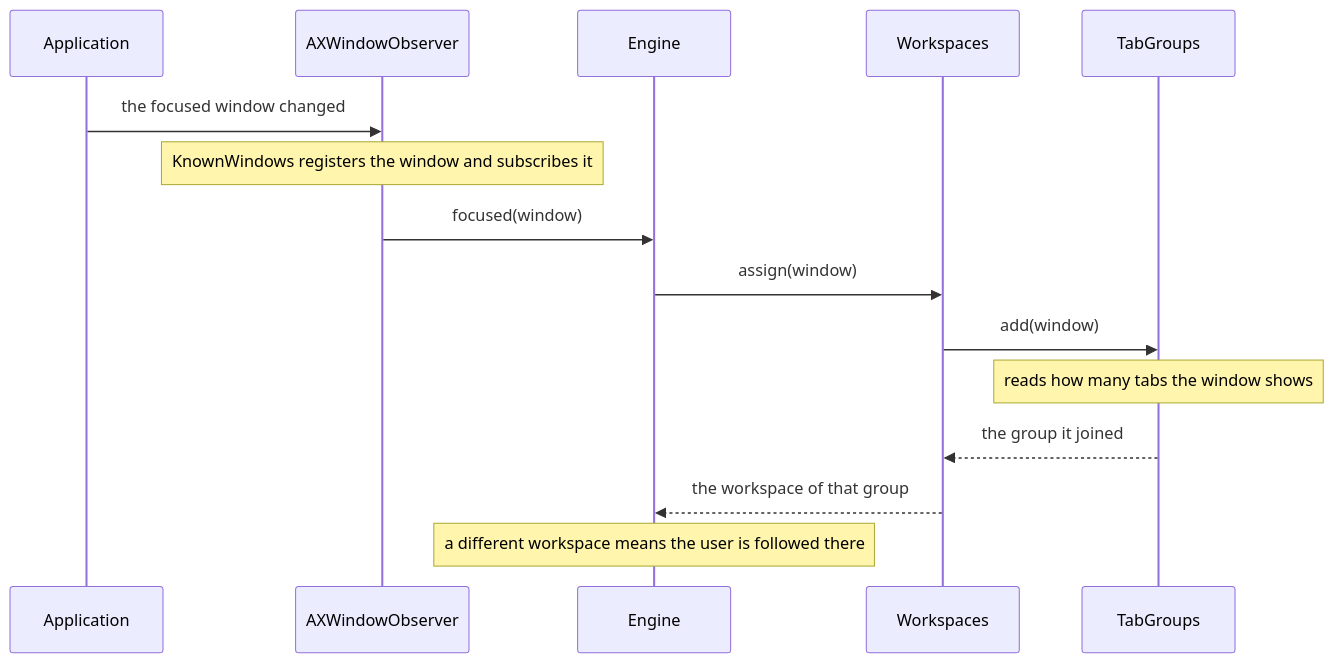
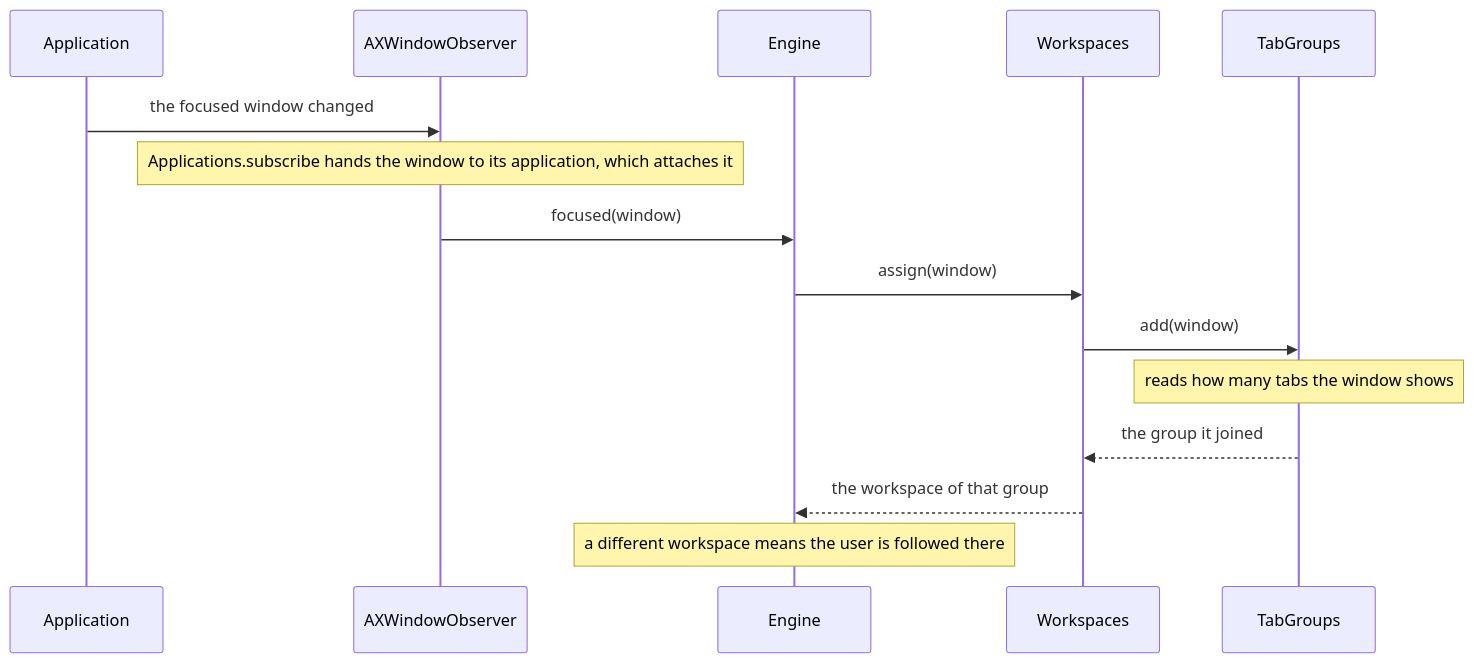
Diagram 16 of 17 in ARCHITECTURE.md (brennovich/ottowm), drawn with Mermaid before and after one commit. The commit also changed other lines of this file and 72 other files, not shown here.

````diff
--- a/ARCHITECTURE.md
+++ b/ARCHITECTURE.md
@@ -321,18 +335,18 @@
 ```mermaid
 sequenceDiagram
     participant Application
     participant AXWindowObserver
     participant Engine
     participant Workspaces
     participant TabGroups
 
     Application->>AXWindowObserver: the focused window changed
-    Note over AXWindowObserver: KnownWindows registers the window and subscribes it
+    Note over AXWindowObserver: Applications.subscribe hands the window to its application, which attaches it
     AXWindowObserver->>Engine: focused(window)
     Engine->>Workspaces: assign(window)
     Workspaces->>TabGroups: add(window)
     Note over TabGroups: reads how many tabs the window shows
     TabGroups-->>Workspaces: the group it joined
     Workspaces-->>Engine: the workspace of that group
     Note over Engine: a different workspace means the user is followed there
 ```
````
